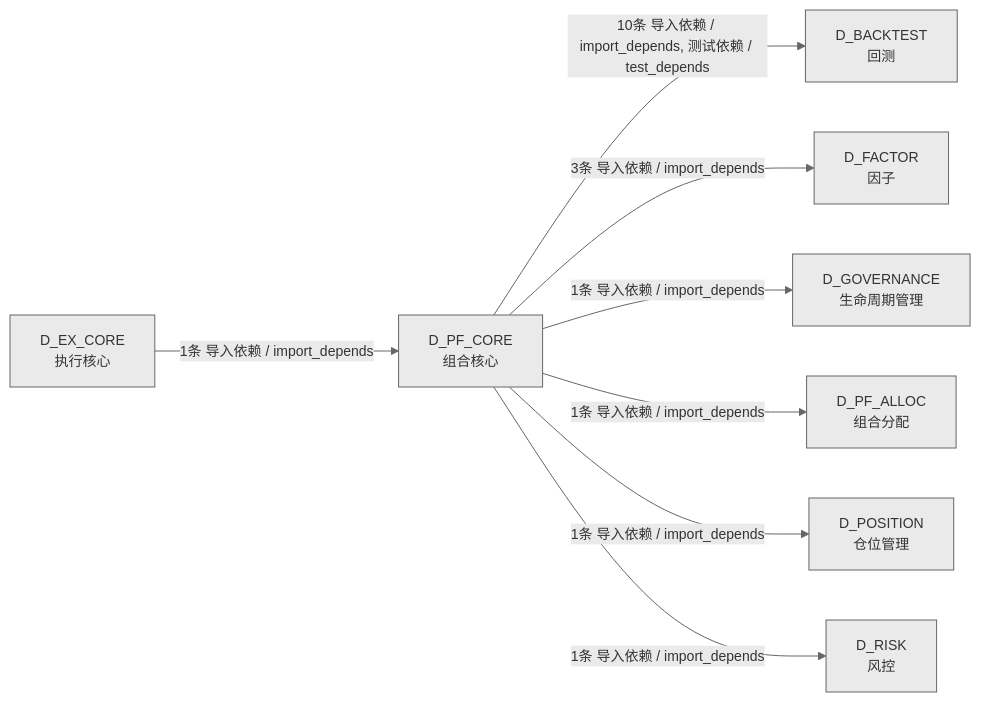
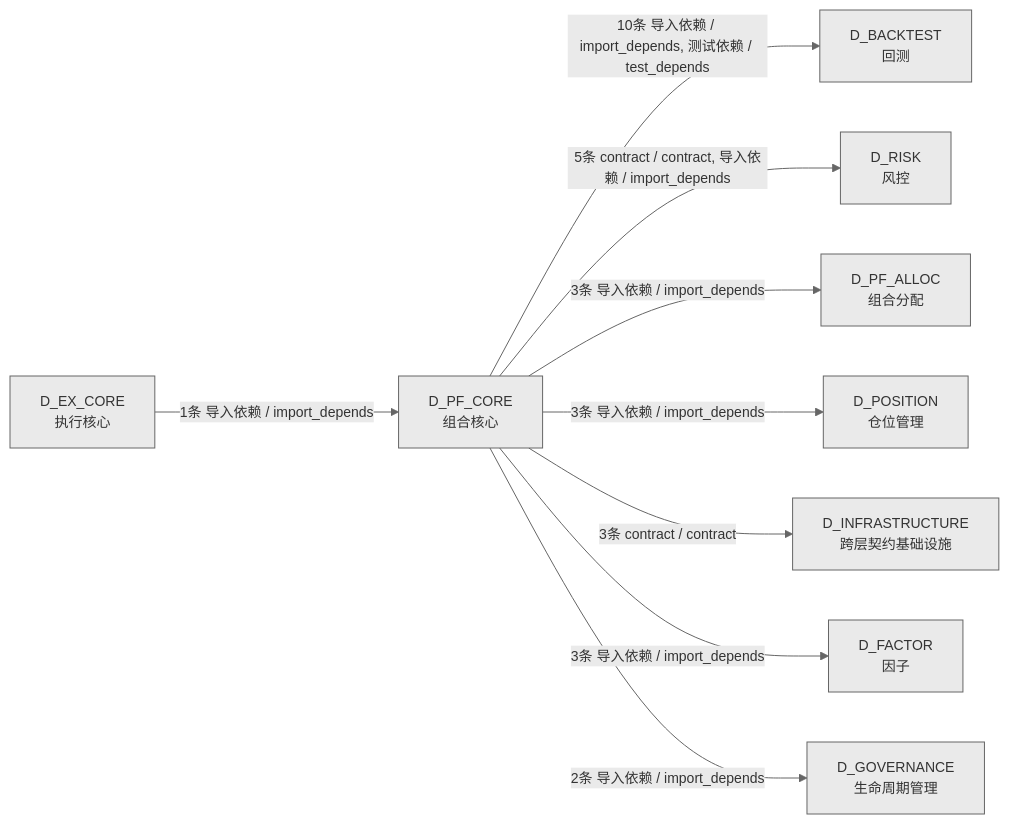
One commit to xuanFelixVan/ZephyrAlpha changed the fourth of 4 diagrams in docs/02_enterprise_architecture/02_domain_architecture_docs/63_d_pf_core.md. Above: the diagram before and after it, drawn with Mermaid. The commit also changed other lines of this file and 46 other files, not shown here.

````diff
--- a/docs/02_enterprise_architecture/02_domain_architecture_docs/63_d_pf_core.md
+++ b/docs/02_enterprise_architecture/02_domain_architecture_docs/63_d_pf_core.md
@@ -234,19 +254,21 @@
 ```mermaid
 %%{init: {'theme': 'base', 'themeVariables': {'primaryColor': '#eaeaea', 'primaryTextColor': '#333333', 'primaryBorderColor': '#666666', 'lineColor': '#666666', 'secondaryColor': '#eaeaea', 'tertiaryColor': '#eaeaea', 'fontSize': '14px'}}}%%
 graph LR
     D_PF_CORE["D_PF_CORE<br/>组合核心"]
     D_BACKTEST["D_BACKTEST<br/>回测"]
+    D_RISK["D_RISK<br/>风控"]
+    D_PF_ALLOC["D_PF_ALLOC<br/>组合分配"]
+    D_POSITION["D_POSITION<br/>仓位管理"]
+    D_INFRASTRUCTURE["D_INFRASTRUCTURE<br/>跨层契约基础设施"]
     D_FACTOR["D_FACTOR<br/>因子"]
     D_GOVERNANCE["D_GOVERNANCE<br/>生命周期管理"]
-    D_PF_ALLOC["D_PF_ALLOC<br/>组合分配"]
-    D_POSITION["D_POSITION<br/>仓位管理"]
-    D_RISK["D_RISK<br/>风控"]
     D_EX_CORE["D_EX_CORE<br/>执行核心"]
     D_PF_CORE -->|10条 导入依赖 / import_depends, 测试依赖 / test_depends| D_BACKTEST
+    D_PF_CORE -->|5条 contract / contract, 导入依赖 / import_depends| D_RISK
+    D_PF_CORE -->|3条 导入依赖 / import_depends| D_PF_ALLOC
+    D_PF_CORE -->|3条 导入依赖 / import_depends| D_POSITION
+    D_PF_CORE -->|3条 contract / contract| D_INFRASTRUCTURE
     D_PF_CORE -->|3条 导入依赖 / import_depends| D_FACTOR
-    D_PF_CORE -->|1条 导入依赖 / import_depends| D_GOVERNANCE
-    D_PF_CORE -->|1条 导入依赖 / import_depends| D_PF_ALLOC
-    D_PF_CORE -->|1条 导入依赖 / import_depends| D_POSITION
-    D_PF_CORE -->|1条 导入依赖 / import_depends| D_RISK
+    D_PF_CORE -->|2条 导入依赖 / import_depends| D_GOVERNANCE
     D_EX_CORE -->|1条 导入依赖 / import_depends| D_PF_CORE
 ```
````
